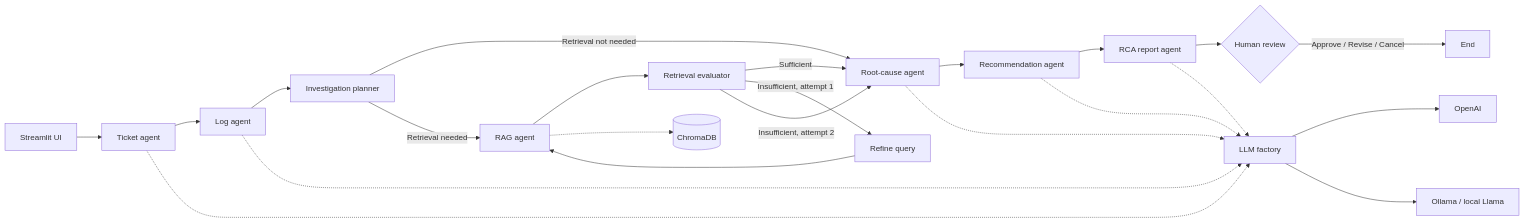
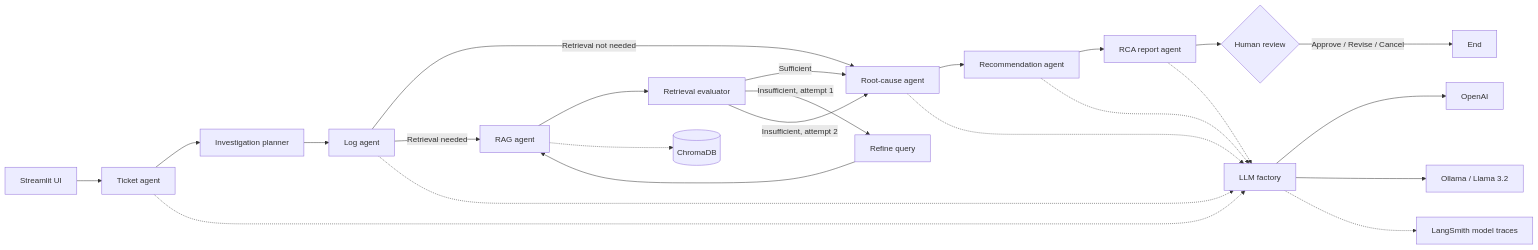
One commit to sp2005/deep-agent-support-assistant changed the diagram in README.md. Above: the diagram before and after it, drawn with Mermaid. The commit also changed other lines of this file and 30 other files, not shown here.

````diff
--- a/README.md
+++ b/README.md
@@ -32,25 +19,26 @@
 ```mermaid
 flowchart LR
     UI[Streamlit UI] --> T[Ticket agent]
-    T --> L[Log agent]
-    L --> PL[Investigation planner]
-    PL -->|Retrieval not needed| D[Root-cause agent]
-    PL -->|Retrieval needed| R[RAG agent]
+    T --> PL[Investigation planner]
+    PL --> L[Log agent]
+    L -->|Retrieval not needed| D[Root-cause agent]
+    L -->|Retrieval needed| R[RAG agent]
     R --> EV[Retrieval evaluator]
     EV -->|Sufficient| D
     EV -->|Insufficient, attempt 1| RF[Refine query]
     RF --> R
     EV -->|Insufficient, attempt 2| D
     D --> RC[Recommendation agent]
     RC --> RP[RCA report agent]
     RP --> H{Human review}
     H -->|Approve / Revise / Cancel| END[End]
     R -.-> C[(ChromaDB)]
     T -.-> M[LLM factory]
     L -.-> M
     D -.-> M
     RC -.-> M
     RP -.-> M
     M --> O[OpenAI]
-    M --> Q[Ollama / local Llama]
+    M --> Q[Ollama / Llama 3.2]
+    M -.-> LS[LangSmith model traces]
 ```
````
